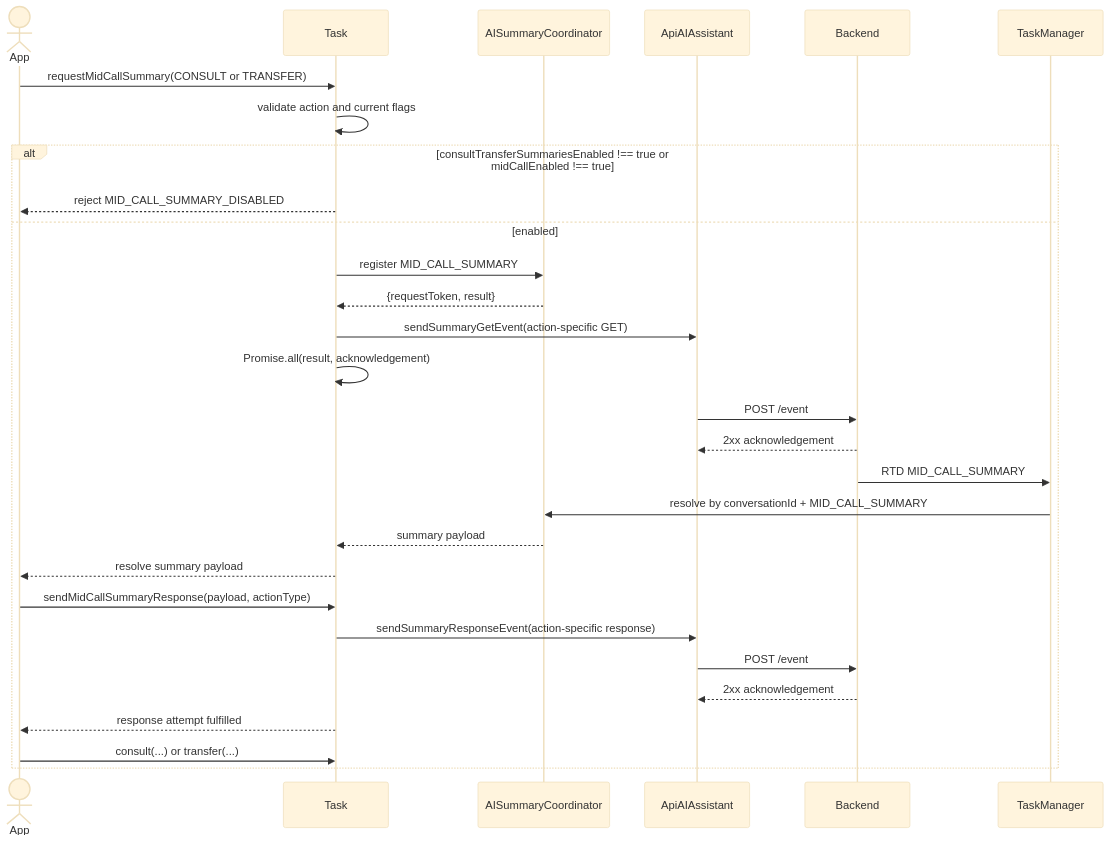
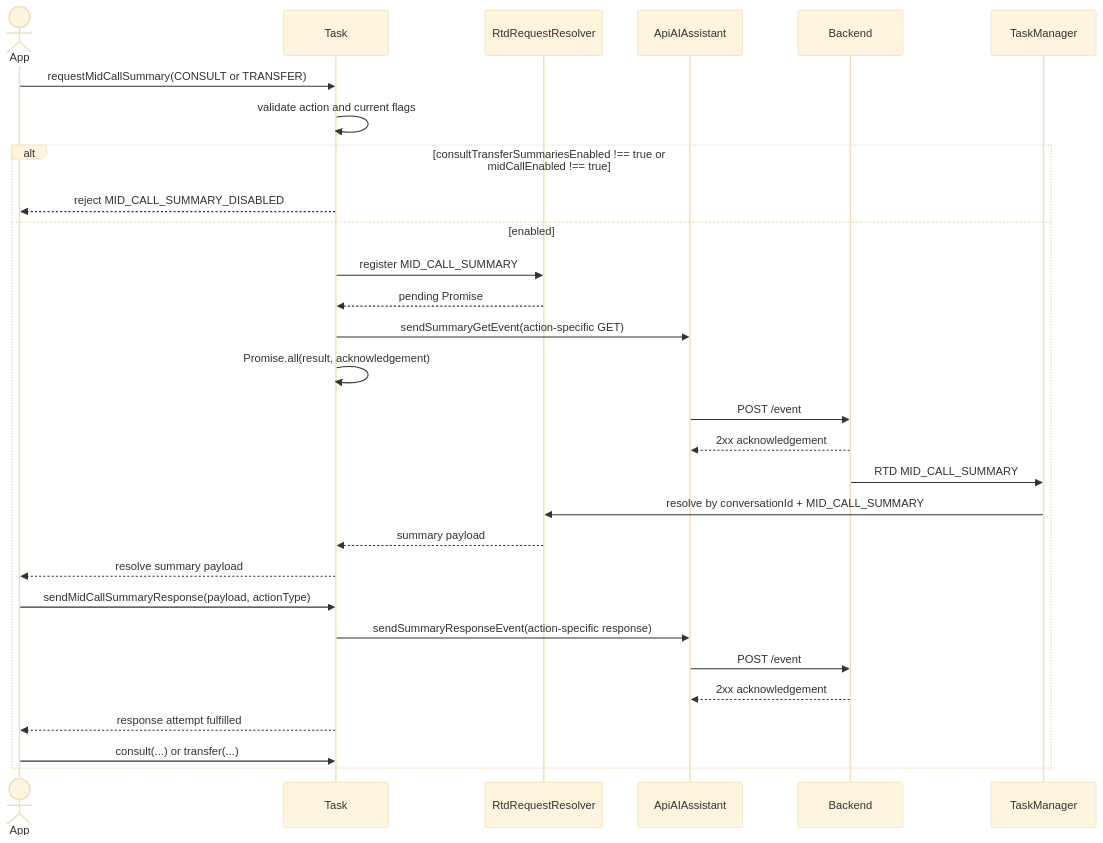
Before and after one commit to webex/webex-js-sdk: the eighth of 10 diagrams in packages/@webex/contact-center/src/services/task/ai-docs/ARCHITECTURE.md, drawn with Mermaid (base theme). The commit also changed other lines of this file and 32 other files, not shown here.

````diff
--- a/packages/@webex/contact-center/src/services/task/ai-docs/ARCHITECTURE.md
+++ b/packages/@webex/contact-center/src/services/task/ai-docs/ARCHITECTURE.md
@@ -472,32 +473,32 @@
 ```mermaid
 sequenceDiagram
   actor App
   participant Task
-  participant Coord as AISummaryCoordinator
+  participant Resolver as RtdRequestResolver
   participant API as ApiAIAssistant
   participant Backend
   participant TM as TaskManager
 
   App->>Task: requestMidCallSummary(CONSULT or TRANSFER)
   Task->>Task: validate action and current flags
   alt consultTransferSummariesEnabled !== true or midCallEnabled !== true
     Task-->>App: reject MID_CALL_SUMMARY_DISABLED
   else enabled
-    Task->>Coord: register MID_CALL_SUMMARY
-    Coord-->>Task: {requestToken, result}
+    Task->>Resolver: register MID_CALL_SUMMARY
+    Resolver-->>Task: pending Promise
     Task->>API: sendSummaryGetEvent(action-specific GET)
     Task->>Task: Promise.all(result, acknowledgement)
     API->>Backend: POST /event
     Backend-->>API: 2xx acknowledgement
     Backend->>TM: RTD MID_CALL_SUMMARY
-    TM->>Coord: resolve by conversationId + MID_CALL_SUMMARY
-    Coord-->>Task: summary payload
+    TM->>Resolver: resolve by conversationId + MID_CALL_SUMMARY
+    Resolver-->>Task: summary payload
     Task-->>App: resolve summary payload
     App->>Task: sendMidCallSummaryResponse(payload, actionType)
     Task->>API: sendSummaryResponseEvent(action-specific response)
     API->>Backend: POST /event
     Backend-->>API: 2xx acknowledgement
     Task-->>App: response attempt fulfilled
     App->>Task: consult(...) or transfer(...)
   end
 ```
````
